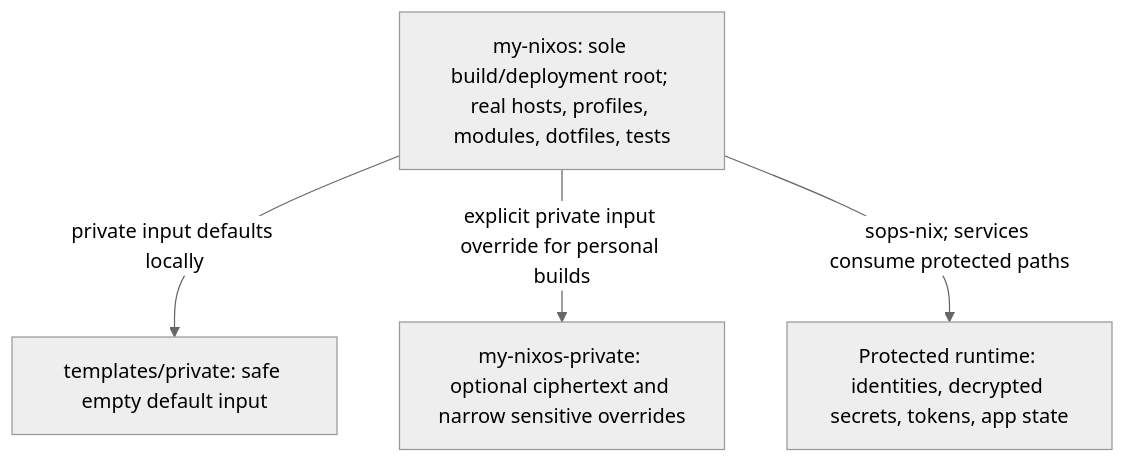
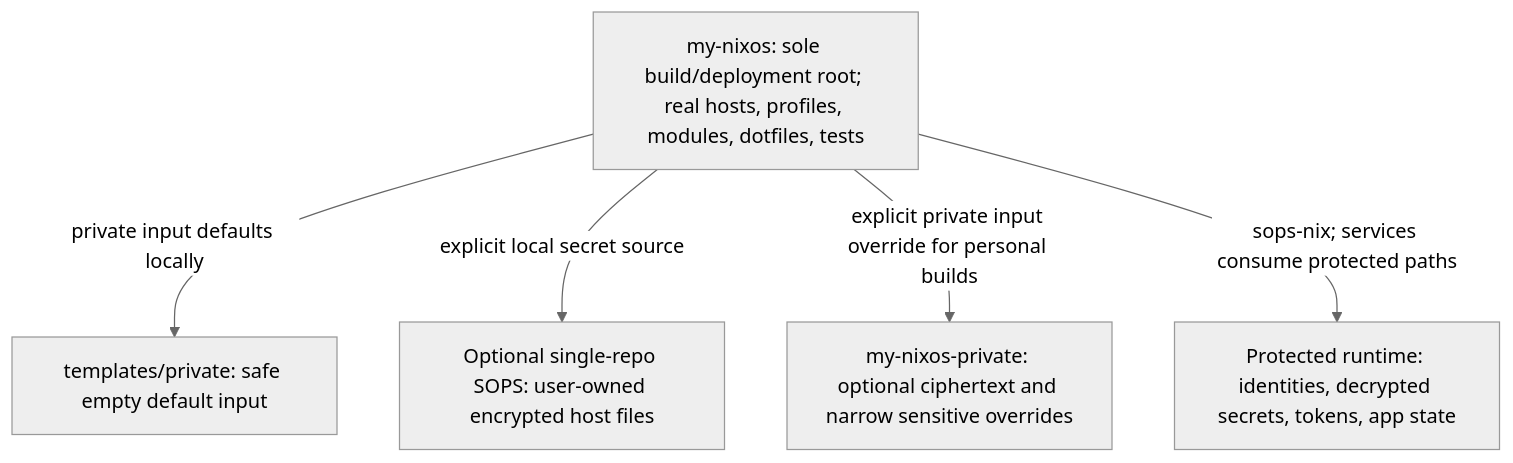
The diagram in docs/public-private-migration.md (evgen2571/my-nixos), drawn with Mermaid (neutral theme) before and after one commit. The commit also changed other lines of this file, not shown here.

Commit message:
docs: clarify secret sources and deployment safeguards

````diff
--- a/docs/public-private-migration.md
+++ b/docs/public-private-migration.md
@@ -21,10 +21,12 @@
 ```mermaid
 flowchart TB
   public["my-nixos: sole build/deployment root; real hosts, profiles, modules, dotfiles, tests"]
   example["templates/private: safe empty default input"]
+  local["Optional single-repo SOPS: user-owned encrypted host files"]
   private["my-nixos-private: optional ciphertext and narrow sensitive overrides"]
   runtime["Protected runtime: identities, decrypted secrets, tokens, app state"]
   public -->|"private input defaults locally"| example
+  public -->|"explicit local secret source"| local
   public -->|"explicit private input override for personal builds"| private
   public -->|"sops-nix; services consume protected paths"| runtime
 ```
````
